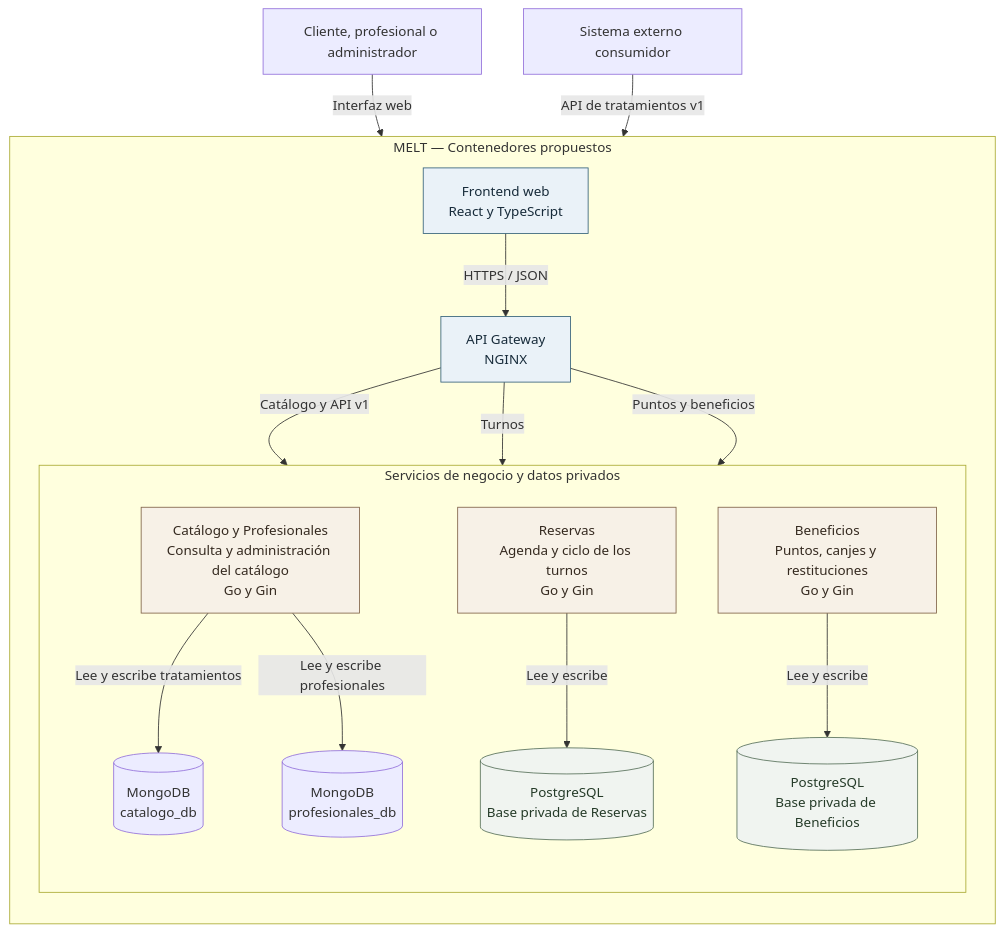
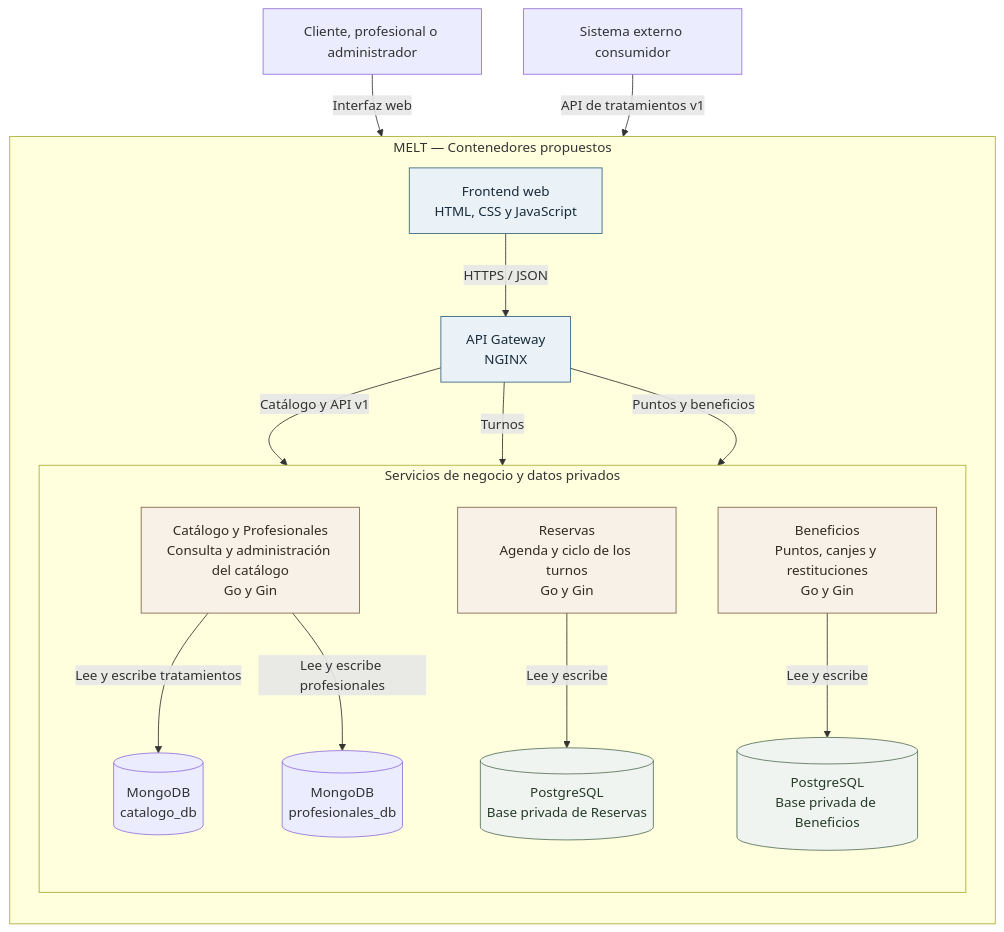
Before and after one commit to annagarebertoo/MELT: the second of 2 diagrams in docs/ARCHITECTURE.md, drawn with Mermaid. The commit also changed other lines of this file and 10 other files, not shown here.

````diff
--- a/docs/ARCHITECTURE.md
+++ b/docs/ARCHITECTURE.md
@@ -44,42 +44,42 @@
 ```mermaid
 flowchart TB
     usuario["Cliente, profesional o administrador"]
     externo["Sistema externo consumidor"]
 
     subgraph MELT["MELT — Contenedores propuestos"]
         direction TB
-        web["Frontend web<br/>React y TypeScript"]
+        web["Frontend web<br/>HTML, CSS y JavaScript"]
         gateway["API Gateway<br/>NGINX"]
 
         subgraph servicios["Servicios de negocio y datos privados"]
             direction TB
             catalogo["Catálogo y Profesionales<br/>Consulta y administración del catálogo<br/>Go y Gin"]
             reservas["Reservas<br/>Agenda y ciclo de los turnos<br/>Go y Gin"]
             beneficios["Beneficios<br/>Puntos, canjes y restituciones<br/>Go y Gin"]
             mongo1[("MongoDB<br/>catalogo_db")]
              mongo2[("MongoDB<br/>profesionales_db")]
             pgres[("PostgreSQL<br/>Base privada de Reservas")]
             pgbenef[("PostgreSQL<br/>Base privada de Beneficios")]
 
             catalogo -->|"Lee y escribe tratamientos"| mongo1
             catalogo -->|"Lee y escribe profesionales"| mongo2
             reservas -->|"Lee y escribe"| pgres
             beneficios -->|"Lee y escribe"| pgbenef
         end
 
         web -->|"HTTPS / JSON"| gateway
         gateway -->|"Catálogo y API v1"| catalogo
         gateway -->|"Turnos"| reservas
         gateway -->|"Puntos y beneficios"| beneficios
     end
 
     usuario -->|"Interfaz web"| web
     externo -->|"API de tratamientos v1"| gateway
 
     classDef acceso fill:#eaf2f8,stroke:#35627a,color:#172b3a;
     classDef servicio fill:#f7f1e7,stroke:#806449,color:#34291f;
     classDef datos fill:#f0f4f0,stroke:#58715a,color:#253b28;
     class web,gateway acceso;
     class catalogo,reservas,beneficios servicio;
     class mongo,pgres,pgbenef datos;
 ```
````
